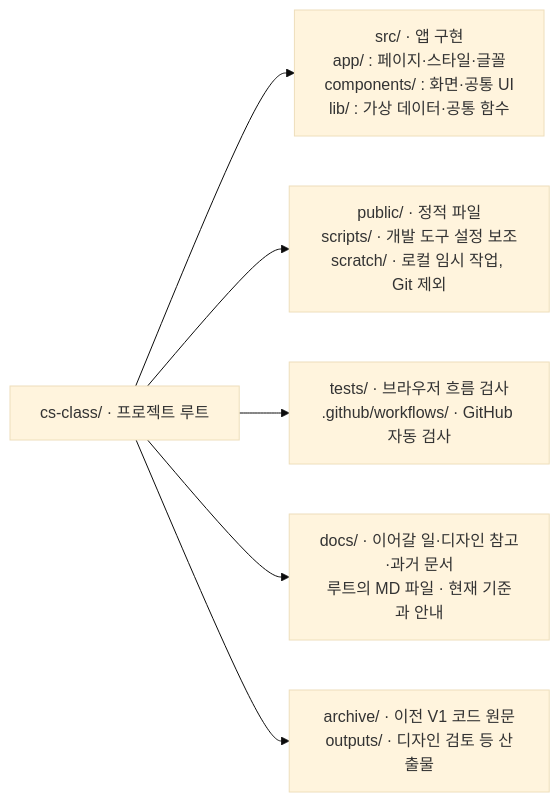
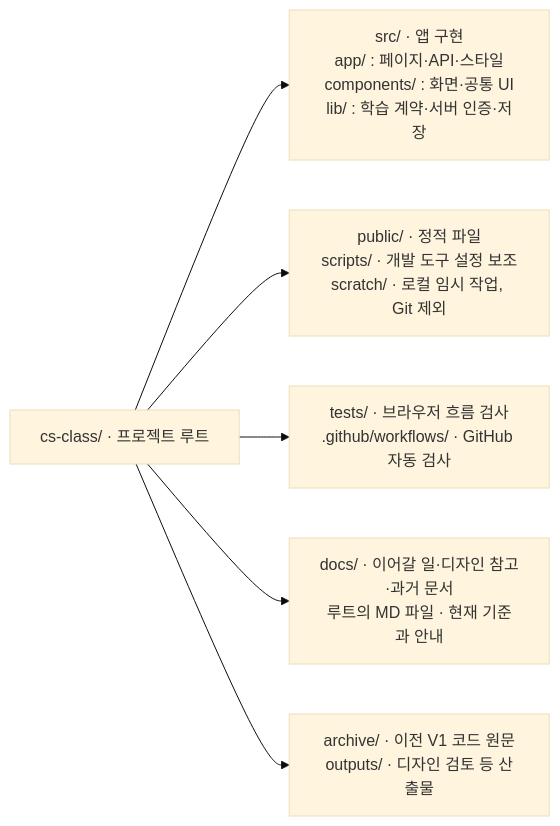
The diagram in README.md (DonghyunT/cs-class), drawn with Mermaid (base theme) before and after one commit. The commit also changed other lines of this file and 62 other files, not shown here.

````diff
--- a/README.md
+++ b/README.md
@@ -21,9 +22,9 @@
 ```mermaid
 flowchart LR
     root["cs-class/ · 프로젝트 루트"]
-    root --> src["src/ · 앱 구현<br/>app/ : 페이지·스타일·글꼴<br/>components/ : 화면·공통 UI<br/>lib/ : 가상 데이터·공통 함수"]
+    root --> src["src/ · 앱 구현<br/>app/ : 페이지·API·스타일<br/>components/ : 화면·공통 UI<br/>lib/ : 학습 계약·서버 인증·저장"]
     root --> support["public/ · 정적 파일<br/>scripts/ · 개발 도구 설정 보조<br/>scratch/ · 로컬 임시 작업, Git 제외"]
     root --> checks["tests/ · 브라우저 흐름 검사<br/>.github/workflows/ · GitHub 자동 검사"]
     root --> docs["docs/ · 이어갈 일·디자인 참고·과거 문서<br/>루트의 MD 파일 · 현재 기준과 안내"]
     root --> history["archive/ · 이전 V1 코드 원문<br/>outputs/ · 디자인 검토 등 산출물"]
 ```
````
